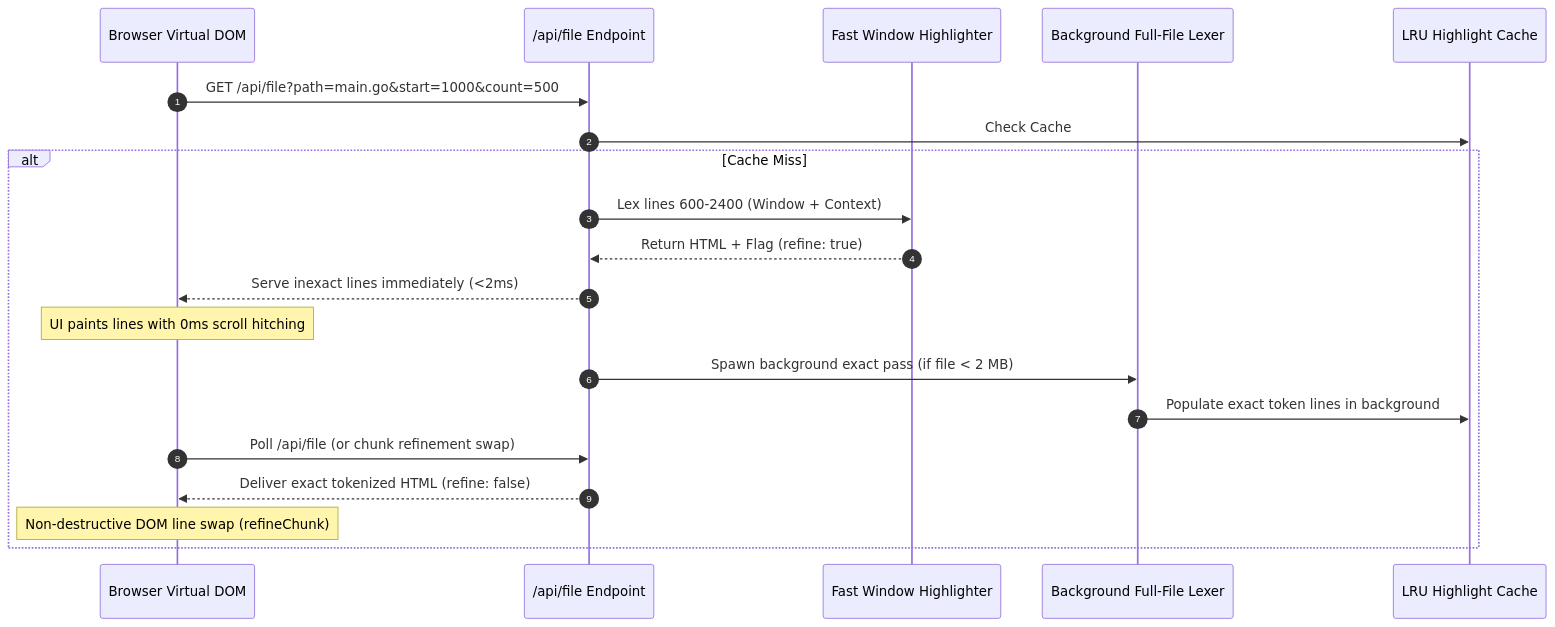
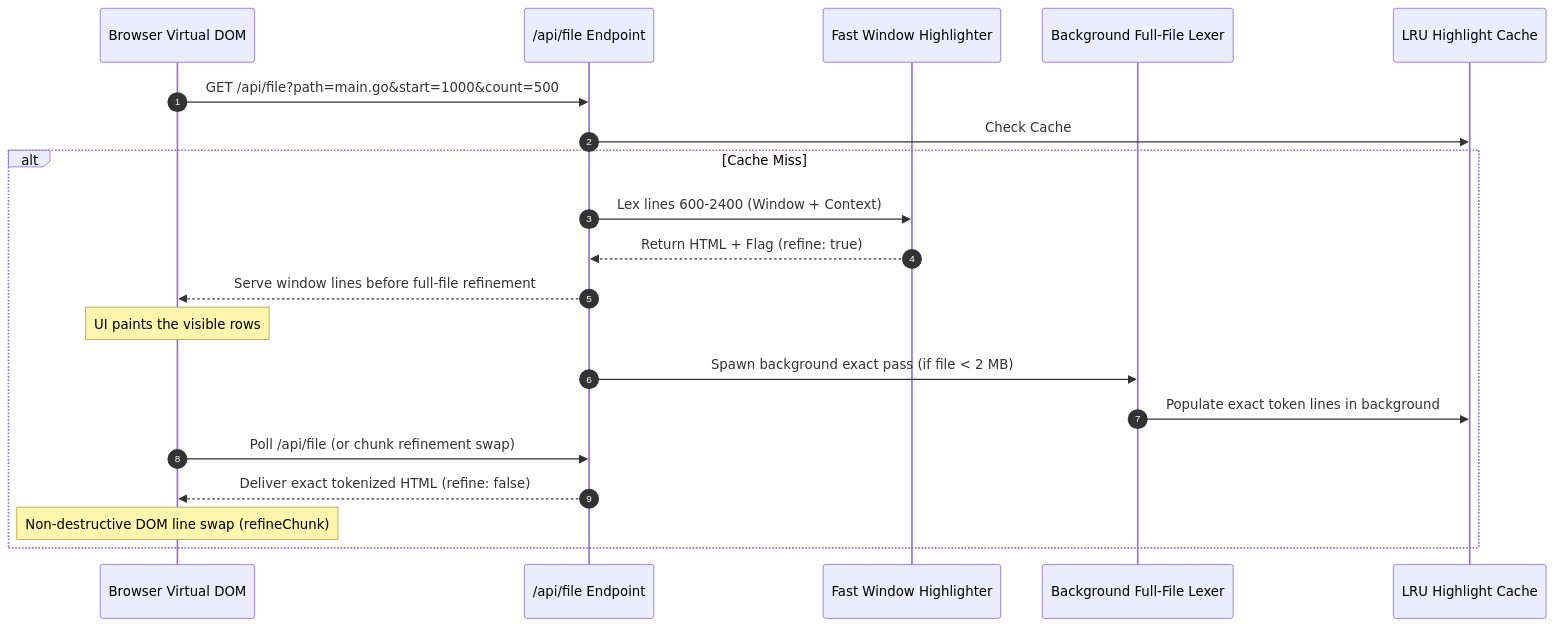
Before and after one commit to KaranMali2001/px0: the second of 2 diagrams in docs/internals/syntax-highlighting.md, drawn with Mermaid. The commit also changed other lines of this file and 78 other files, not shown here.

````diff
--- a/docs/internals/syntax-highlighting.md
+++ b/docs/internals/syntax-highlighting.md
@@ -55,23 +55,23 @@
 ```mermaid
 sequenceDiagram
     autonumber
     participant UI as Browser Virtual DOM
     participant Server as /api/file Endpoint
     participant FastHl as Fast Window Highlighter
     participant BgHl as Background Full-File Lexer
     participant Cache as LRU Highlight Cache
 
     UI->>Server: GET /api/file?path=main.go&start=1000&count=500
     Server->>Cache: Check Cache
     alt Cache Miss
         Server->>FastHl: Lex lines 600-2400 (Window + Context)
         FastHl-->>Server: Return HTML + Flag (refine: true)
-        Server-->>UI: Serve inexact lines immediately (<2ms)
-        Note over UI: UI paints lines with 0ms scroll hitching
+        Server-->>UI: Serve window lines before full-file refinement
+        Note over UI: UI paints the visible rows
         Server->>BgHl: Spawn background exact pass (if file < 2 MB)
         BgHl->>Cache: Populate exact token lines in background
         UI->>Server: Poll /api/file (or chunk refinement swap)
         Server-->>UI: Deliver exact tokenized HTML (refine: false)
         Note over UI: Non-destructive DOM line swap (refineChunk)
     end
 ```
````
